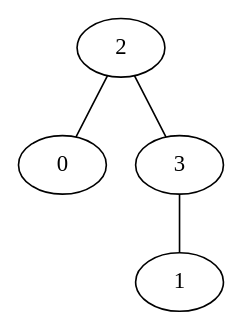
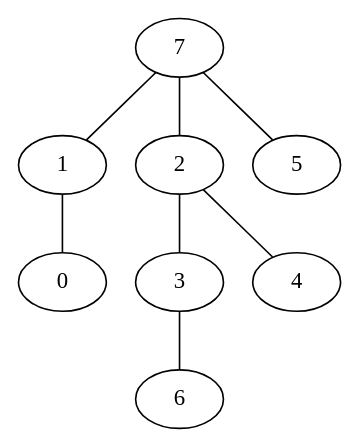
The diagram in experiments/pygrapghviz.dot (VillegasGG/greedy-firefighter-problem), drawn with Graphviz before and after one commit. The commit also changed 4 other files, not shown here.

```diff
--- a/experiments/pygrapghviz.dot
+++ b/experiments/pygrapghviz.dot
@@ -1,5 +1,9 @@
 strict graph "" {
-	2 -- 0;
+	7 -- 1;
+	7 -- 2;
+	7 -- 5;
+	1 -- 0;
 	2 -- 3;
-	3 -- 1;
+	2 -- 4;
+	3 -- 6;
 }
```
